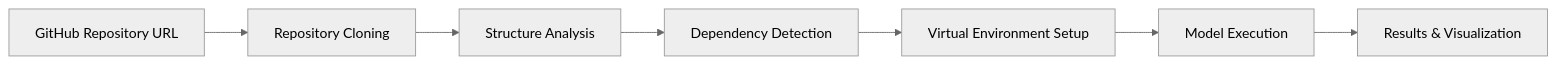
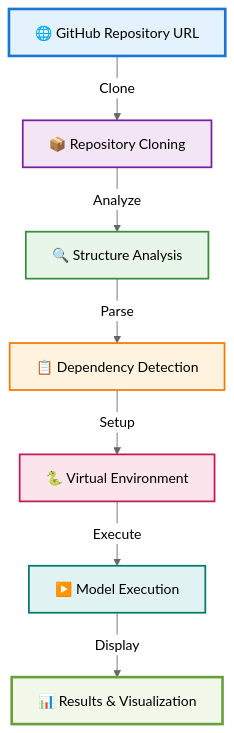
Before and after one commit to Dipurajasaha/SAHAforge: the diagram in README.md, drawn with Mermaid (neutral theme). The commit also changed other lines of this file, not shown here.

````diff
--- a/README.md
+++ b/README.md
@@ -89,9 +345,17 @@
 ```mermaid
-graph LR
-    A[GitHub Repository URL] --> B[Repository Cloning]
-    B --> C[Structure Analysis]
-    C --> D[Dependency Detection]
-    D --> E[Virtual Environment Setup]
-    E --> F[Model Execution]
-    F --> G[Results & Visualization]
+graph TB
+    A[🌐 GitHub Repository URL] -->|Clone| B[📦 Repository Cloning]
+    B -->|Analyze| C[🔍 Structure Analysis]
+    C -->|Parse| D[📋 Dependency Detection]
+    D -->|Setup| E[🐍 Virtual Environment]
+    E -->|Execute| F[▶️ Model Execution]
+    F -->|Display| G[📊 Results & Visualization]
+    
+    style A fill:#e3f2fd,stroke:#1976d2,stroke-width:3px
+    style B fill:#f3e5f5,stroke:#7b1fa2,stroke-width:2px
+    style C fill:#e8f5e9,stroke:#388e3c,stroke-width:2px
+    style D fill:#fff3e0,stroke:#f57c00,stroke-width:2px
+    style E fill:#fce4ec,stroke:#c2185b,stroke-width:2px
+    style F fill:#e0f2f1,stroke:#00796b,stroke-width:2px
+    style G fill:#f1f8e9,stroke:#689f38,stroke-width:3px
 ```
````
